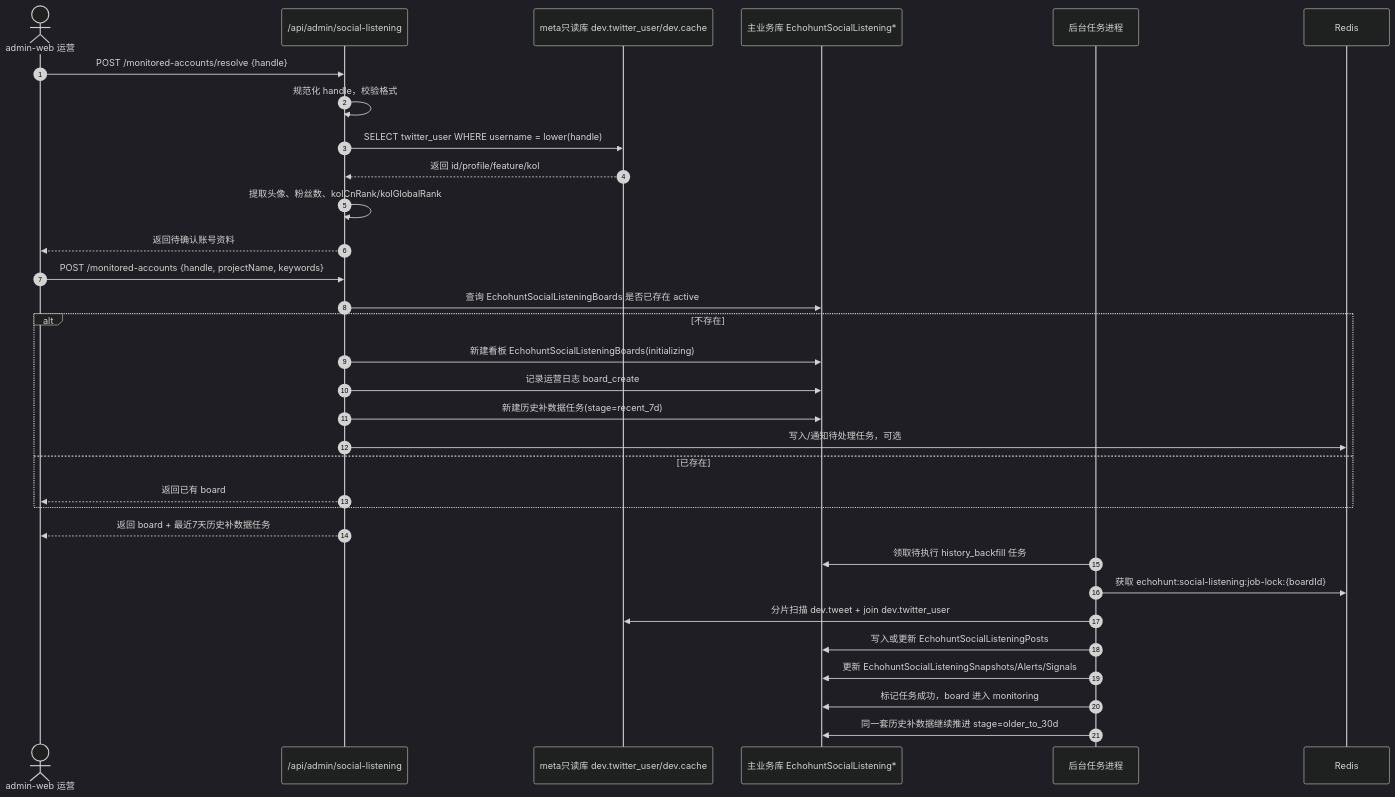
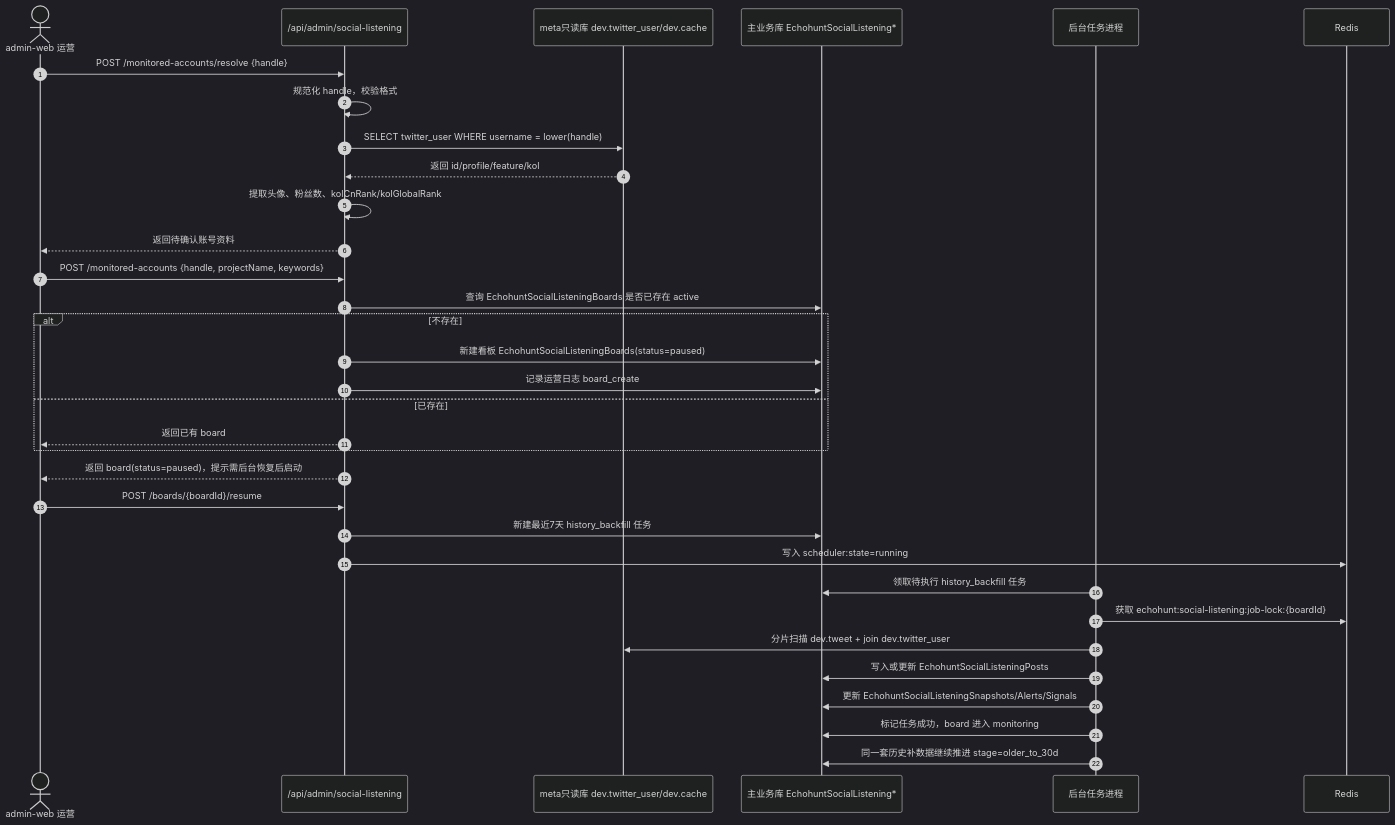
The second of 11 diagrams in docs/social-listening-technical-implementation.md (Luykin/luykin-chaineye-service), drawn with Mermaid (dark theme) before and after one commit. The commit also changed other lines of this file and 22 other files, not shown here.

````diff
--- a/docs/social-listening-technical-implementation.md
+++ b/docs/social-listening-technical-implementation.md
@@ -1526,36 +1526,37 @@
 ```mermaid
 sequenceDiagram
   autonumber
   actor Admin as admin-web 运营
   participant AdminAPI as /api/admin/social-listening
   participant MetaDB as meta只读库 dev.twitter_user/dev.cache
   participant MainDB as 主业务库 EchohuntSocialListening*
   participant Jobs as 后台任务进程
   participant Redis as Redis
 
   Admin->>AdminAPI: POST /monitored-accounts/resolve {handle}
   AdminAPI->>AdminAPI: 规范化 handle，校验格式
   AdminAPI->>MetaDB: SELECT twitter_user WHERE username = lower(handle)
   MetaDB-->>AdminAPI: 返回 id/profile/feature/kol
   AdminAPI->>AdminAPI: 提取头像、粉丝数、kolCnRank/kolGlobalRank
   AdminAPI-->>Admin: 返回待确认账号资料
 
   Admin->>AdminAPI: POST /monitored-accounts {handle, projectName, keywords}
   AdminAPI->>MainDB: 查询 EchohuntSocialListeningBoards 是否已存在 active
   alt 不存在
-    AdminAPI->>MainDB: 新建看板 EchohuntSocialListeningBoards(initializing)
+    AdminAPI->>MainDB: 新建看板 EchohuntSocialListeningBoards(status=paused)
     AdminAPI->>MainDB: 记录运营日志 board_create
-    AdminAPI->>MainDB: 新建历史补数据任务(stage=recent_7d)
-    AdminAPI->>Redis: 写入/通知待处理任务，可选
   else 已存在
     AdminAPI-->>Admin: 返回已有 board
   end
-  AdminAPI-->>Admin: 返回 board + 最近7天历史补数据任务
+  AdminAPI-->>Admin: 返回 board(status=paused)，提示需后台恢复后启动
+  Admin->>AdminAPI: POST /boards/{boardId}/resume
+  AdminAPI->>MainDB: 新建最近7天 history_backfill 任务
+  AdminAPI->>Redis: 写入 scheduler:state=running
   Jobs->>MainDB: 领取待执行 history_backfill 任务
   Jobs->>Redis: 获取 echohunt:social-listening:job-lock:{boardId}
   Jobs->>MetaDB: 分片扫描 dev.tweet + join dev.twitter_user
   Jobs->>MainDB: 写入或更新 EchohuntSocialListeningPosts
   Jobs->>MainDB: 更新 EchohuntSocialListeningSnapshots/Alerts/Signals
   Jobs->>MainDB: 标记任务成功，board 进入 monitoring
   Jobs->>MainDB: 同一套历史补数据继续推进 stage=older_to_30d
 ```
````
